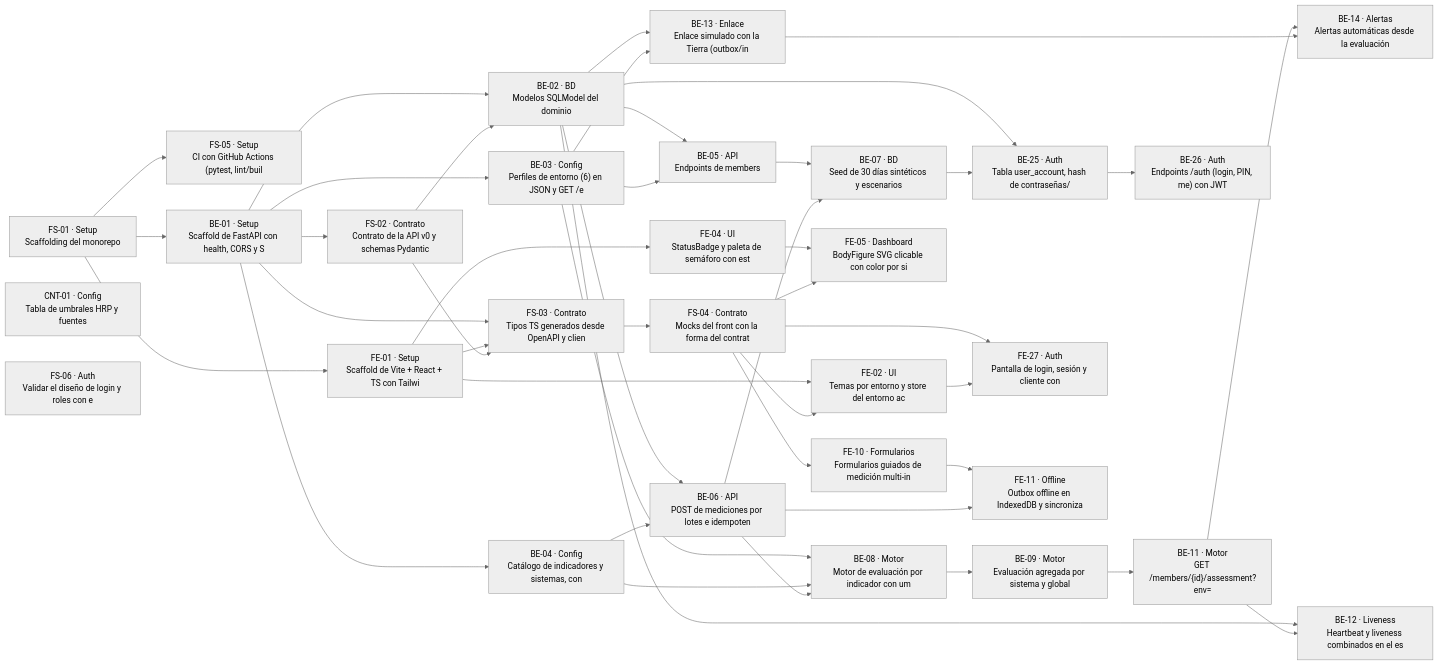
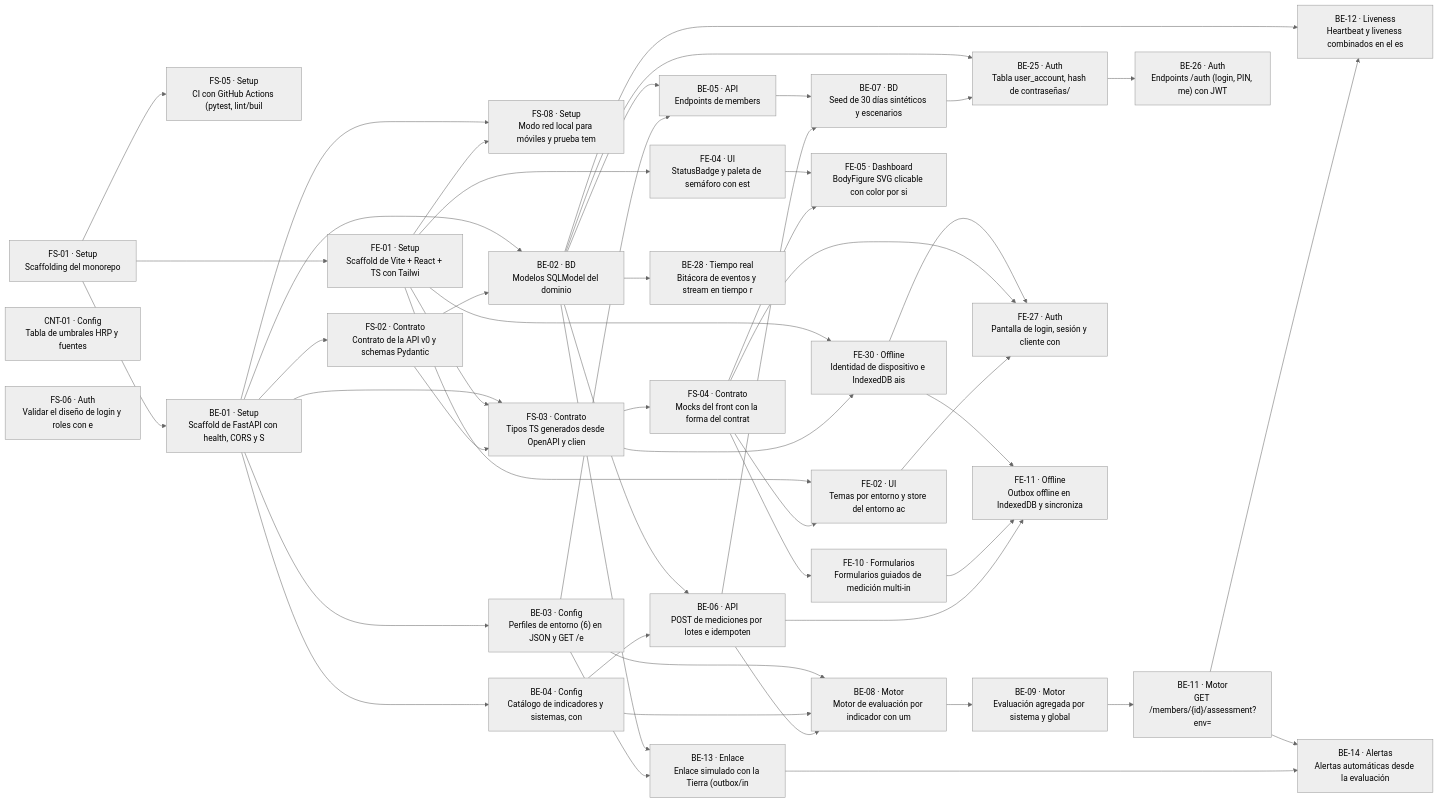
Before and after one commit to NASAHACKATON2026FTHEALTH42U/RUOK: the diagram in docs/backlog.md, drawn with Mermaid (neutral theme). The commit also changed other lines of this file and 17 other files, not shown here.

First line of the commit message:
docs+backlog: centro de control, multi-dispositivo en red local y revisión de coherencia

````diff
--- a/docs/backlog.md
+++ b/docs/backlog.md
@@ -130,6 +141,9 @@
   FS_01["FS-01 · Setup<br/>Scaffolding del monorepo"]
   FS_05["FS-05 · Setup<br/>CI con GitHub Actions (pytest, lint/buil"]
   FS_01 --> FS_05
+  FS_08["FS-08 · Setup<br/>Modo red local para móviles y prueba tem"]
+  BE_01 --> FS_08
+  FE_01 --> FS_08
   BE_01["BE-01 · Setup<br/>Scaffold de FastAPI con health, CORS y S"]
   FS_01 --> BE_01
   FE_01["FE-01 · Setup<br/>Scaffold de Vite + React + TS con Tailwi"]
@@ -184,8 +198,14 @@
   BE_26["BE-26 · Auth<br/>Endpoints /auth (login, PIN, me) con JWT"]
   BE_25 --> BE_26
   FE_27["FE-27 · Auth<br/>Pantalla de login, sesión y cliente con "]
+  FE_30 --> FE_27
   FS_04 --> FE_27
   FE_02 --> FE_27
+  FE_30["FE-30 · Offline<br/>Identidad de dispositivo e IndexedDB ais"]
+  FE_01 --> FE_30
+  FS_03 --> FE_30
+  BE_28["BE-28 · Tiempo real<br/>Bitácora de eventos y stream en tiempo r"]
+  BE_02 --> BE_28
   BE_13["BE-13 · Enlace<br/>Enlace simulado con la Tierra (outbox/in"]
   BE_02 --> BE_13
   BE_03 --> BE_13
@@ -196,6 +216,7 @@
   BE_02 --> BE_12
   BE_11 --> BE_12
   FE_11["FE-11 · Offline<br/>Outbox offline en IndexedDB y sincroniza"]
+  FE_30 --> FE_11
   FE_10 --> FE_11
   BE_06 --> FE_11
 ```
````
